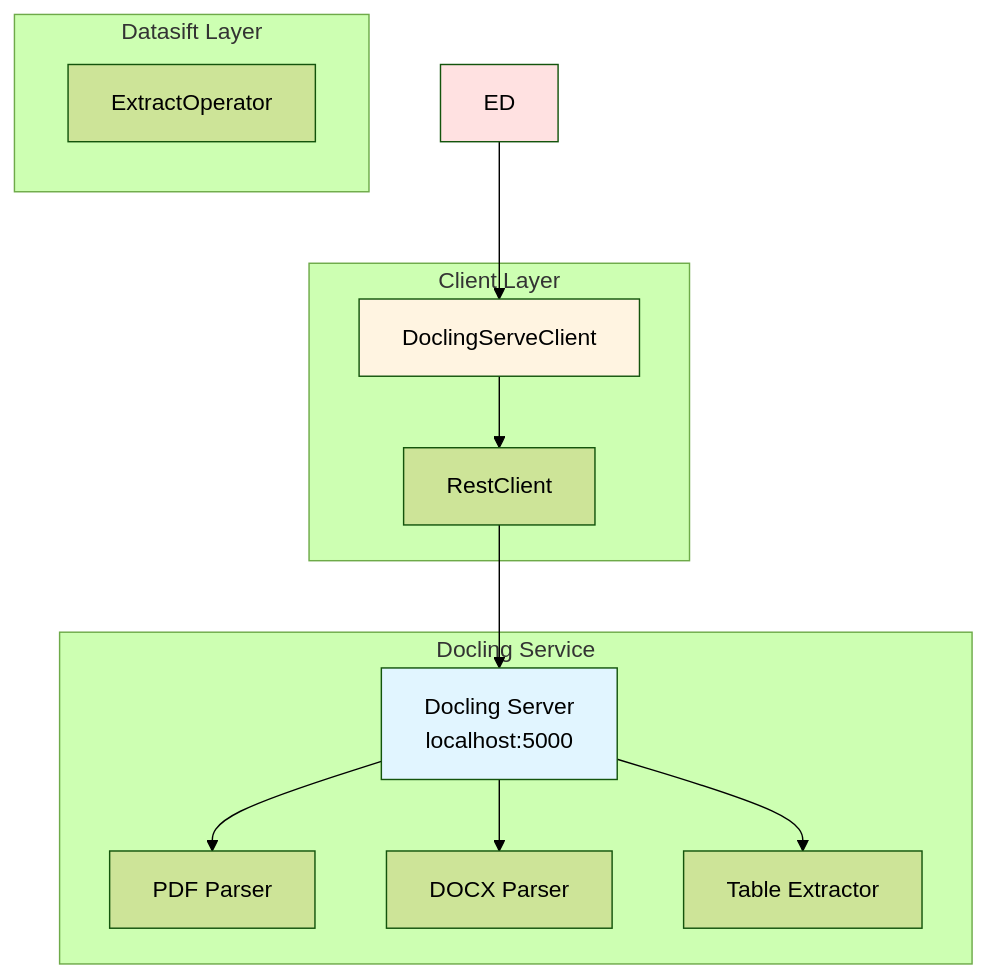
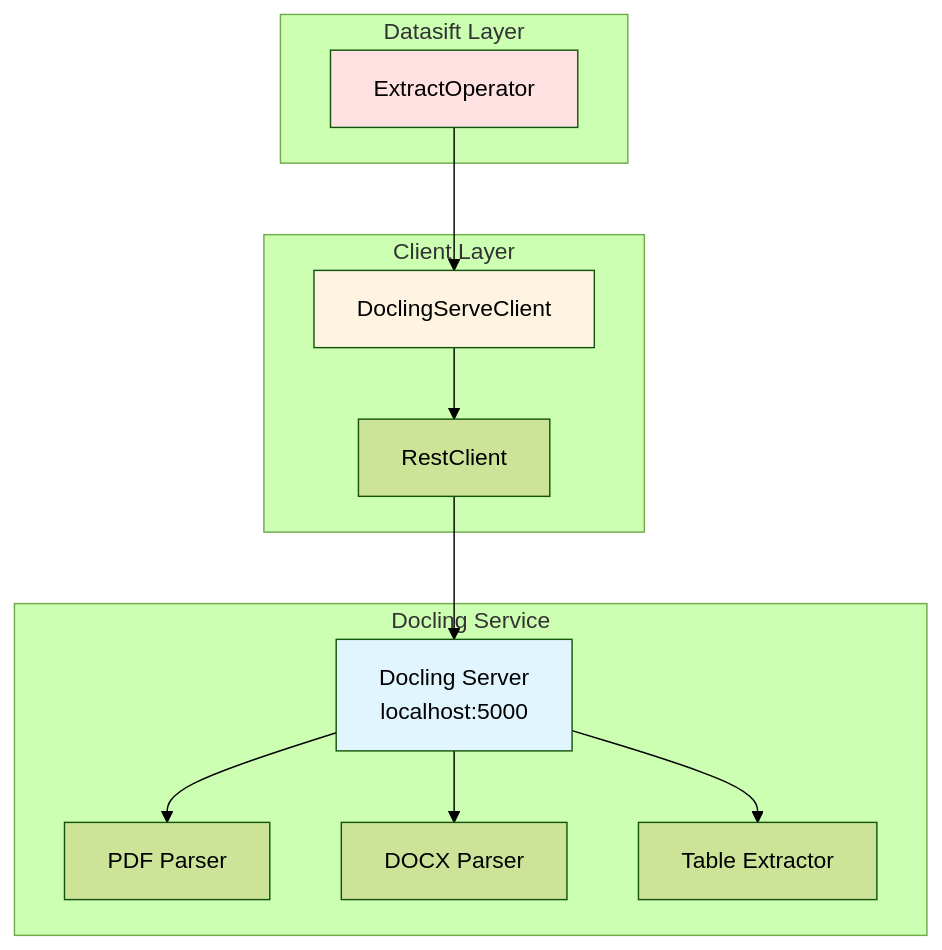
Diagram 20 of 32 in ARCHITECTURE.md (anupvarma007-ui/datasift-opensource), drawn with Mermaid (forest theme) before and after one commit. The commit also changed other lines of this file and 37 other files, not shown here.

````diff
--- a/ARCHITECTURE.md
+++ b/ARCHITECTURE.md
@@ -2302,29 +2422,29 @@
 ```mermaid
 graph TB
     subgraph "Datasift Layer"
         EXT[ExtractOperator]
     end
 
     subgraph "Client Layer"
         DC[DoclingServeClient]
         RC[RestClient]
     end
 
     subgraph "Docling Service"
         DS[Docling Server<br/>localhost:5000]
         PDF[PDF Parser]
         DOCX[DOCX Parser]
         TABLE[Table Extractor]
     end
 
-    ED --> DC
+    EXT --> DC
     DC --> RC
     RC --> DS
     DS --> PDF
     DS --> DOCX
     DS --> TABLE
 
-    style ED fill:#ffe1e1
+    style EXT fill:#ffe1e1
     style DC fill:#fff4e1
     style DS fill:#e1f5ff
 ```
````
